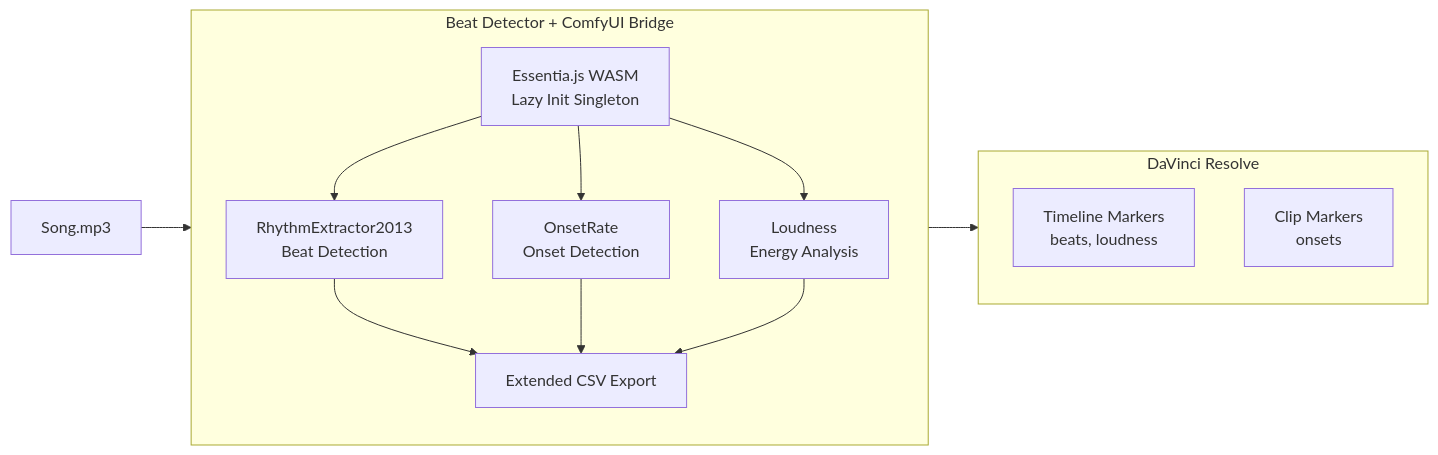
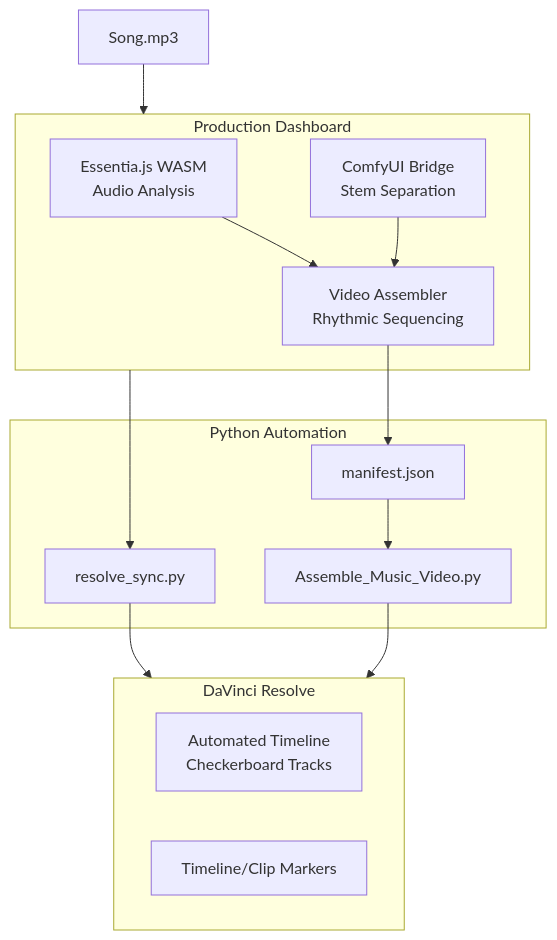
The diagram in README.md (hellonearthis/Resolver), drawn with Mermaid before and after one commit. The commit also changed other lines of this file and 4 other files, not shown here.

Commit message:
Update documentation: Added Video Assembler guide and updated root README, Stem Separation, and Beat Detection guides

````diff
--- a/README.md
+++ b/README.md
@@ -22,22 +24,28 @@
 ```mermaid
-flowchart LR
+flowchart TD
     Input[Song.mp3] --> App1
 
-    subgraph App1["Beat Detector + ComfyUI Bridge"]
-        WASM[Essentia.js WASM<br/>Lazy Init Singleton]
-        Beats[RhythmExtractor2013<br/>Beat Detection]
-        Onsets[OnsetRate<br/>Onset Detection]
-        Loud[Loudness<br/>Energy Analysis]
-        Export[Extended CSV Export]
-        WASM --> Beats --> Export
-        WASM --> Onsets --> Export
-        WASM --> Loud --> Export
+    subgraph App1["Production Dashboard"]
+        WASM[Essentia.js WASM<br/>Audio Analysis]
+        Comfy[ComfyUI Bridge<br/>Stem Separation]
+        Assembler[Video Assembler<br/>Rhythmic Sequencing]
+        WASM --> Assembler
+        Comfy --> Assembler
+    end
+
+    subgraph Scripts["Python Automation"]
+        Manifest[manifest.json]
+        AssemblyScript[Assemble_Music_Video.py]
+        SyncScript[resolve_sync.py]
     end
 
     subgraph Resolve["DaVinci Resolve"]
-        TMarkers[Timeline Markers<br/>beats, loudness]
-        CMarkers[Clip Markers<br/>onsets]
+        Timeline[Automated Timeline<br/>Checkerboard Tracks]
+        Markers[Timeline/Clip Markers]
     end
 
-    App1 --> Resolve
+    Assembler --> Manifest --> AssemblyScript
+    App1 --> SyncScript
+    AssemblyScript --> Resolve
+    SyncScript --> Resolve
 ```
````
